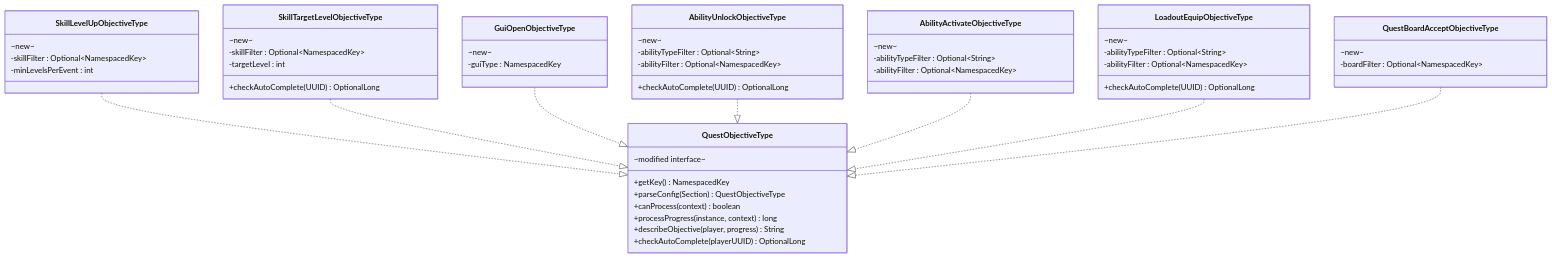
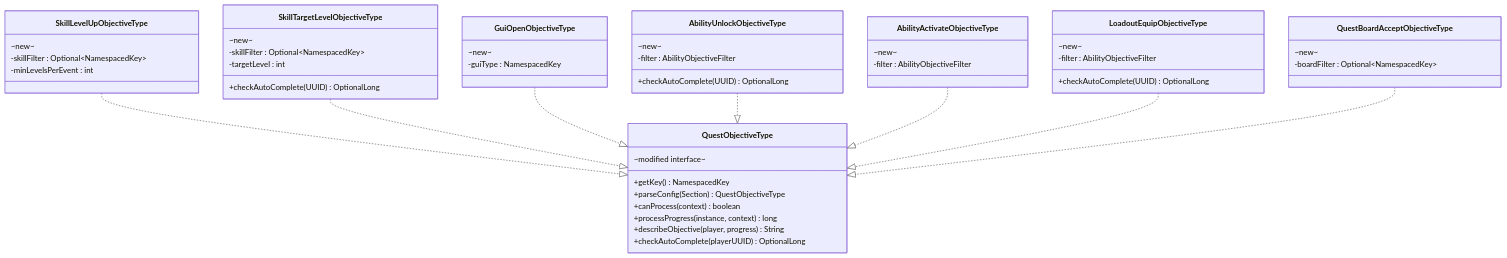
One commit to DiamondDagger590/McRPG changed the first of 9 diagrams in docs/lld/tutorial-quest-system/phase-1-quest-engine-extensions.md. Above: the diagram before and after it, drawn with Mermaid. The commit also changed other lines of this file and 130 other files, not shown here.

````diff
--- a/docs/lld/tutorial-quest-system/phase-1-quest-engine-extensions.md
+++ b/docs/lld/tutorial-quest-system/phase-1-quest-engine-extensions.md
@@ -43,65 +43,62 @@
 ```mermaid
 classDiagram
     direction TB
 
     class QuestObjectiveType {
         ~modified interface~
         +getKey() NamespacedKey
         +parseConfig(Section) QuestObjectiveType
         +canProcess(context) boolean
         +processProgress(instance, context) long
         +describeObjective(player, progress) String
         +checkAutoComplete(playerUUID) OptionalLong
     }
 
     class SkillLevelUpObjectiveType {
         ~new~
         -skillFilter : Optional~NamespacedKey~
         -minLevelsPerEvent : int
     }
 
     class SkillTargetLevelObjectiveType {
         ~new~
         -skillFilter : Optional~NamespacedKey~
         -targetLevel : int
         +checkAutoComplete(UUID) OptionalLong
     }
 
     class GuiOpenObjectiveType {
         ~new~
         -guiType : NamespacedKey
     }
 
     class AbilityUnlockObjectiveType {
         ~new~
-        -abilityTypeFilter : Optional~String~
-        -abilityFilter : Optional~NamespacedKey~
+        -filter : AbilityObjectiveFilter
         +checkAutoComplete(UUID) OptionalLong
     }
 
     class AbilityActivateObjectiveType {
         ~new~
-        -abilityTypeFilter : Optional~String~
-        -abilityFilter : Optional~NamespacedKey~
+        -filter : AbilityObjectiveFilter
     }
 
     class LoadoutEquipObjectiveType {
         ~new~
-        -abilityTypeFilter : Optional~String~
-        -abilityFilter : Optional~NamespacedKey~
+        -filter : AbilityObjectiveFilter
         +checkAutoComplete(UUID) OptionalLong
     }
 
     class QuestBoardAcceptObjectiveType {
         ~new~
         -boardFilter : Optional~NamespacedKey~
     }
 
     SkillLevelUpObjectiveType ..|> QuestObjectiveType
     SkillTargetLevelObjectiveType ..|> QuestObjectiveType
     GuiOpenObjectiveType ..|> QuestObjectiveType
     AbilityUnlockObjectiveType ..|> QuestObjectiveType
     AbilityActivateObjectiveType ..|> QuestObjectiveType
     LoadoutEquipObjectiveType ..|> QuestObjectiveType
     QuestBoardAcceptObjectiveType ..|> QuestObjectiveType
 ```
````
